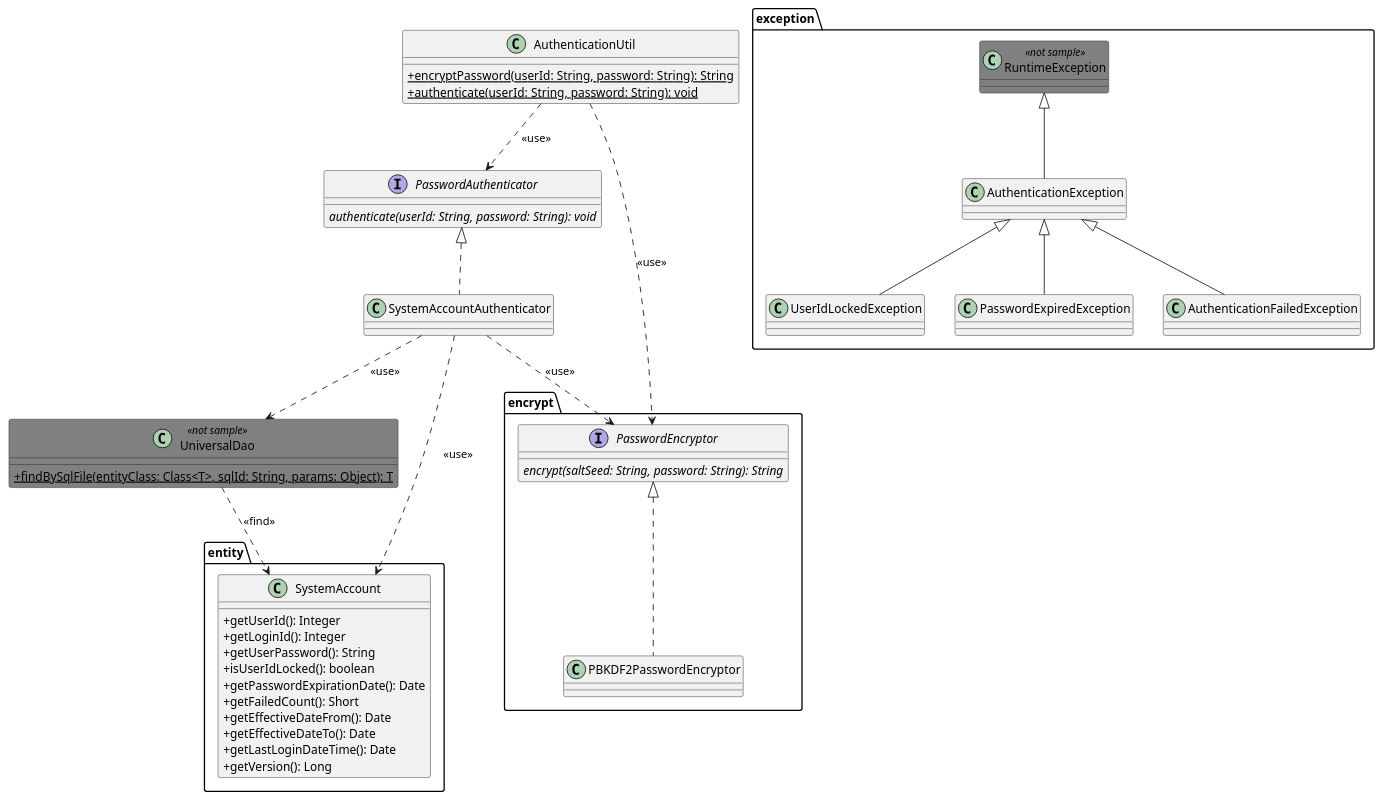
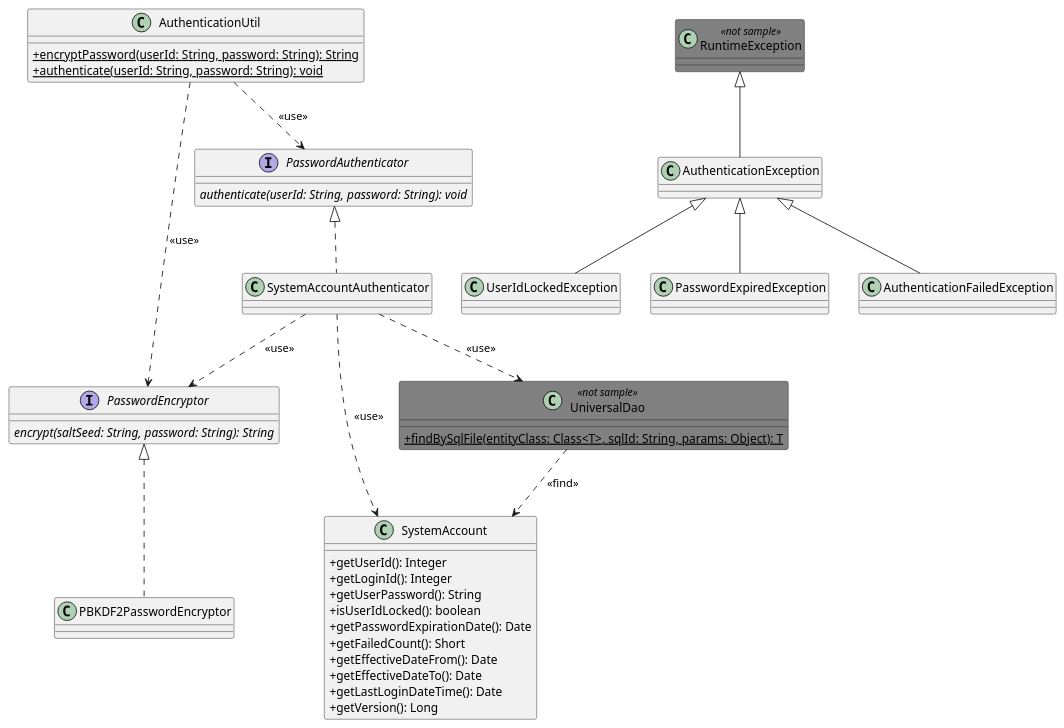
One commit to nablarch/nablarch-document changed the diagram in ja/examples/01/_images/Authentication_ClassDiagram.pu. Above: the diagram before and after it, drawn with PlantUML.

Commit message:
パッケージの表現は不要のため削除しました。

```diff
--- a/ja/examples/01/_images/Authentication_ClassDiagram.pu
+++ b/ja/examples/01/_images/Authentication_ClassDiagram.pu
@@ -1,65 +1,59 @@
 @startuml
 
 skinparam classAttributeIconSize 0
 
 skinparam class {
     BackgroundColor<<not sample>> Gray
 }
 
-package encrypt {
-    interface PasswordEncryptor {
-        {abstract} encrypt(saltSeed: String, password: String): String
-    }
-
-    class PBKDF2PasswordEncryptor implements PasswordEncryptor
+interface PasswordEncryptor {
+    {abstract} encrypt(saltSeed: String, password: String): String
 }
 
-package entity {
-    class SystemAccount {
-        + getUserId(): Integer
-        + getLoginId(): Integer
-        + getUserPassword(): String
-        + isUserIdLocked(): boolean
-        + getPasswordExpirationDate(): Date
-        + getFailedCount(): Short
-        + getEffectiveDateFrom(): Date
-        + getEffectiveDateTo(): Date
-        + getLastLoginDateTime(): Date
-        + getVersion(): Long
-    }
+class PBKDF2PasswordEncryptor implements PasswordEncryptor
+
+class SystemAccount {
+    + getUserId(): Integer
+    + getLoginId(): Integer
+    + getUserPassword(): String
+    + isUserIdLocked(): boolean
+    + getPasswordExpirationDate(): Date
+    + getFailedCount(): Short
+    + getEffectiveDateFrom(): Date
+    + getEffectiveDateTo(): Date
+    + getLastLoginDateTime(): Date
+    + getVersion(): Long
 }
 
-package exception {
-    class RuntimeException <<not sample>>
+class RuntimeException <<not sample>>
 
-    class AuthenticationException extends RuntimeException
-    class UserIdLockedException extends AuthenticationException
-    class PasswordExpiredException extends AuthenticationException
-    class AuthenticationFailedException extends AuthenticationException
-}
+class AuthenticationException extends RuntimeException
+class UserIdLockedException extends AuthenticationException
+class PasswordExpiredException extends AuthenticationException
+class AuthenticationFailedException extends AuthenticationException
 
 interface PasswordAuthenticator {
     {abstract} authenticate(userId: String, password: String): void
 }
 
 class SystemAccountAuthenticator implements PasswordAuthenticator
 
 class AuthenticationUtil {
     {static} + encryptPassword(userId: String, password: String): String
     {static} + authenticate(userId: String, password: String): void
 }
 
 class UniversalDao <<not sample>> {
     {static} + findBySqlFile(entityClass: Class<T>, sqlId: String, params: Object): T
 }
 
 AuthenticationUtil ..> PasswordEncryptor : <<use>>
 AuthenticationUtil ..> PasswordAuthenticator : <<use>>
 
 SystemAccountAuthenticator ..> SystemAccount : <<use>>
 SystemAccountAuthenticator ..> PasswordEncryptor: <<use>>
 SystemAccountAuthenticator ..> UniversalDao : <<use>>
 
 UniversalDao ..> SystemAccount: <<find>>
 
 @enduml
```
